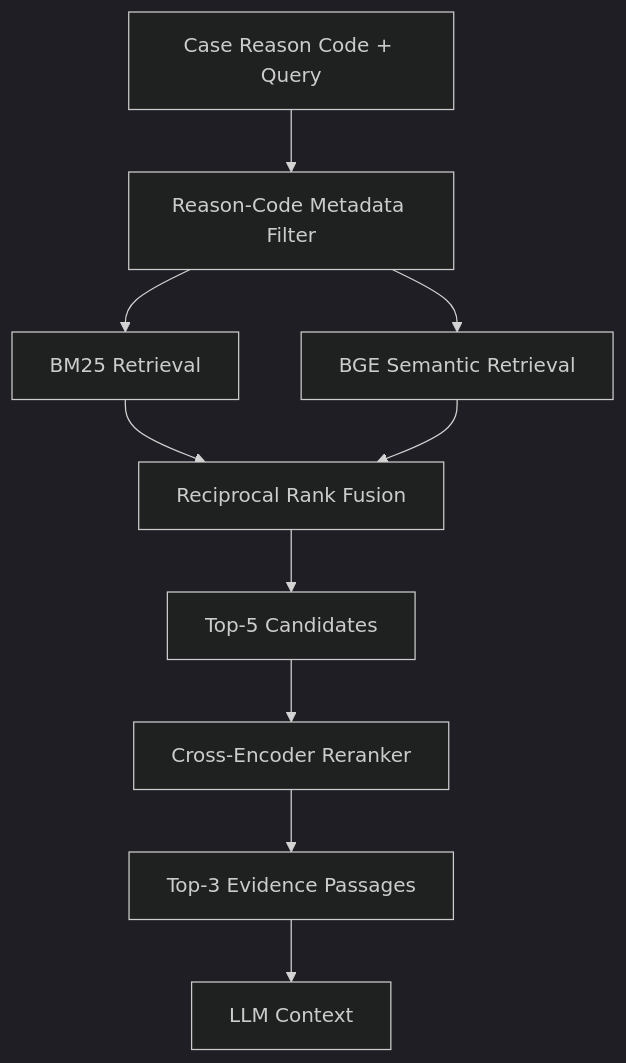
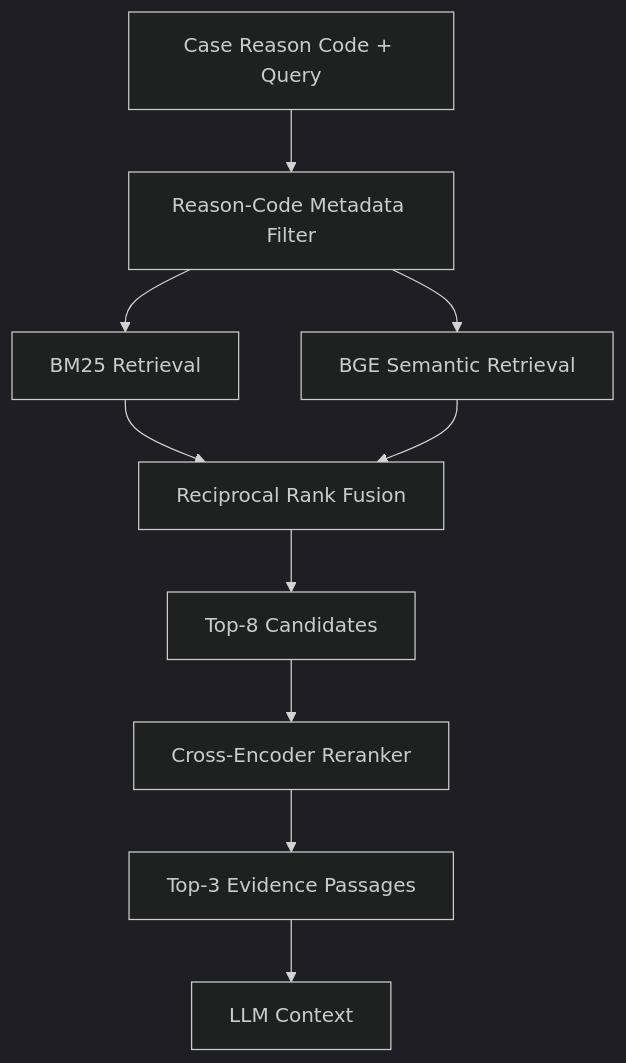
Before and after one commit to Gautam0211/Razorpay_AI_Chargeback_Evidence_Responder: the fourth of 7 diagrams in README.md, drawn with Mermaid (dark theme). The commit also changed other lines of this file, not shown here.

````diff
--- a/README.md
+++ b/README.md
@@ -385,15 +379,15 @@
 ```mermaid
 flowchart TD
     A[Case Reason Code + Query] --> B[Reason-Code Metadata Filter]
 
     B --> C[BM25 Retrieval]
     B --> D[BGE Semantic Retrieval]
 
     C --> E[Reciprocal Rank Fusion]
     D --> E
 
-    E --> F[Top-5 Candidates]
+    E --> F[Top-8 Candidates]
     F --> G[Cross-Encoder Reranker]
     G --> H[Top-3 Evidence Passages]
     H --> I[LLM Context]
 ```
````
